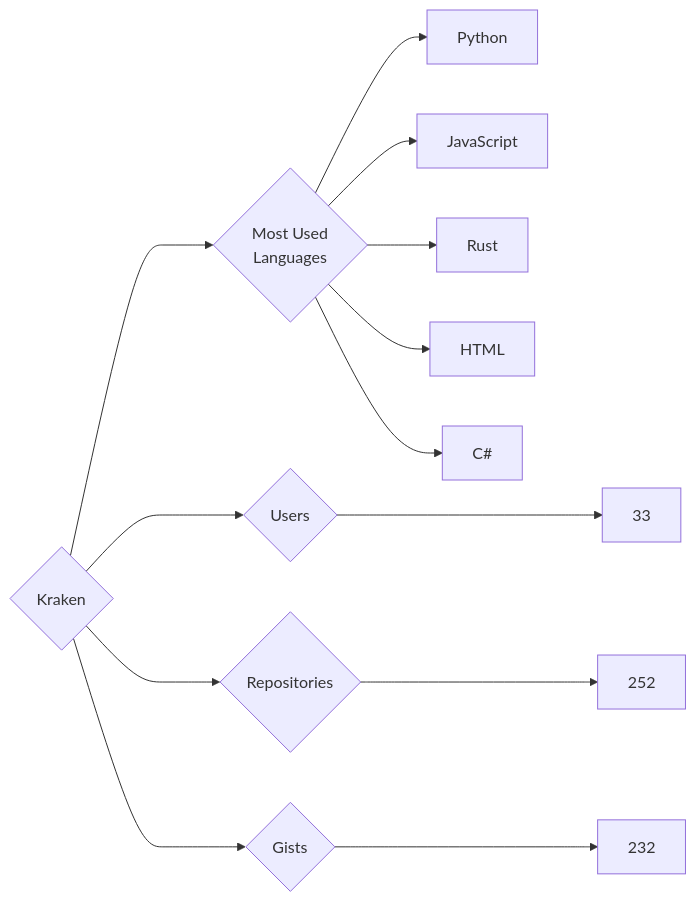
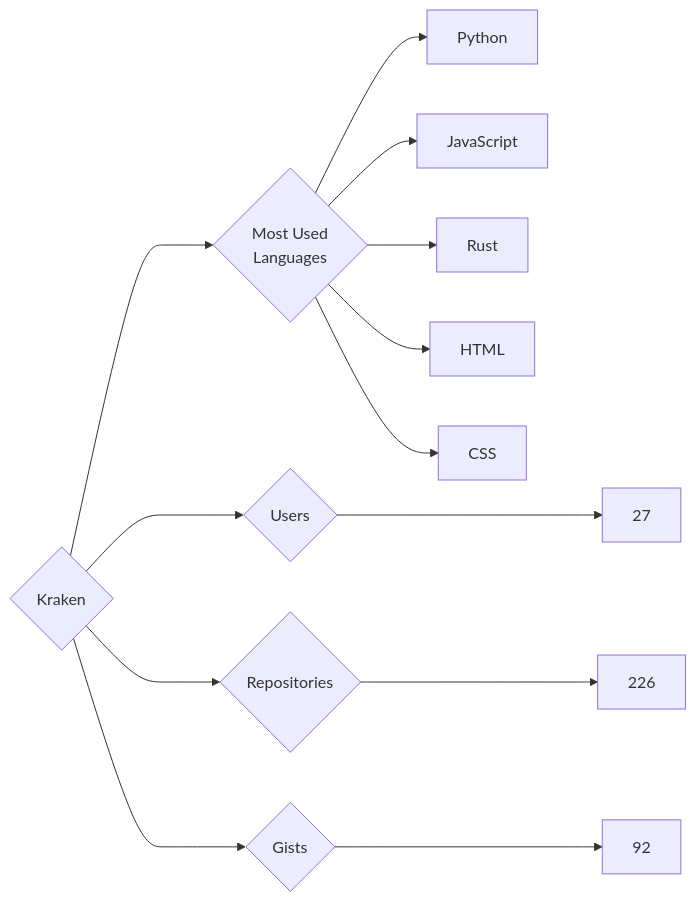
Before and after one commit to trickest/insiders: the diagram in targets/Kraken/README.md, drawn with Mermaid. The commit also changed 861 other files, not shown here.

````diff
--- a/targets/Kraken/README.md
+++ b/targets/Kraken/README.md
@@ -3,13 +3,13 @@
 ```mermaid
 graph LR
 COMPANY_NAME{Kraken}
-COMPANY_NAME ---> U{Users} ---> UN[33]
-COMPANY_NAME ---> R{Repositories} ---> RN[252]
-COMPANY_NAME ---> G{Gists} ---> GN[232]
+COMPANY_NAME ---> U{Users} ---> UN[27]
+COMPANY_NAME ---> R{Repositories} ---> RN[226]
+COMPANY_NAME ---> G{Gists} ---> GN[92]
 COMPANY_NAME ---> ML{Most Used<br>Languages}
 ML --> Python[Python]
 ML --> JavaScript[JavaScript]
 ML --> Rust[Rust]
 ML --> HTML[HTML]
-ML --> C#[C#]
+ML --> CSS[CSS]
 ```
````
